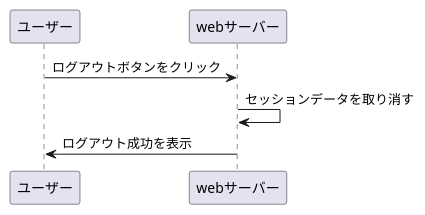
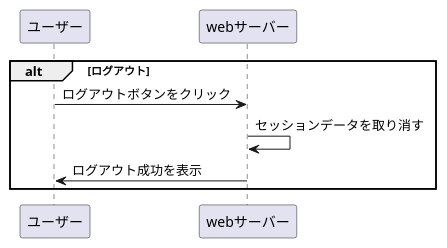
Before and after one commit to Aso2001227/Aso-Sports-1: the diagram in 設計書/02_業務フロー/business-flow2.md, drawn with PlantUML.

````diff
--- a/設計書/02_業務フロー/business-flow2.md
+++ b/設計書/02_業務フロー/business-flow2.md
@@ -1,7 +1,9 @@
 ```uml
 @startuml
+alt ログアウト
 ユーザー ->webサーバー :ログアウトボタンをクリック
 webサーバー -> webサーバー :セッションデータを取り消す
 webサーバー -> ユーザー :ログアウト成功を表示
+end
 @enduml
 ```
````
